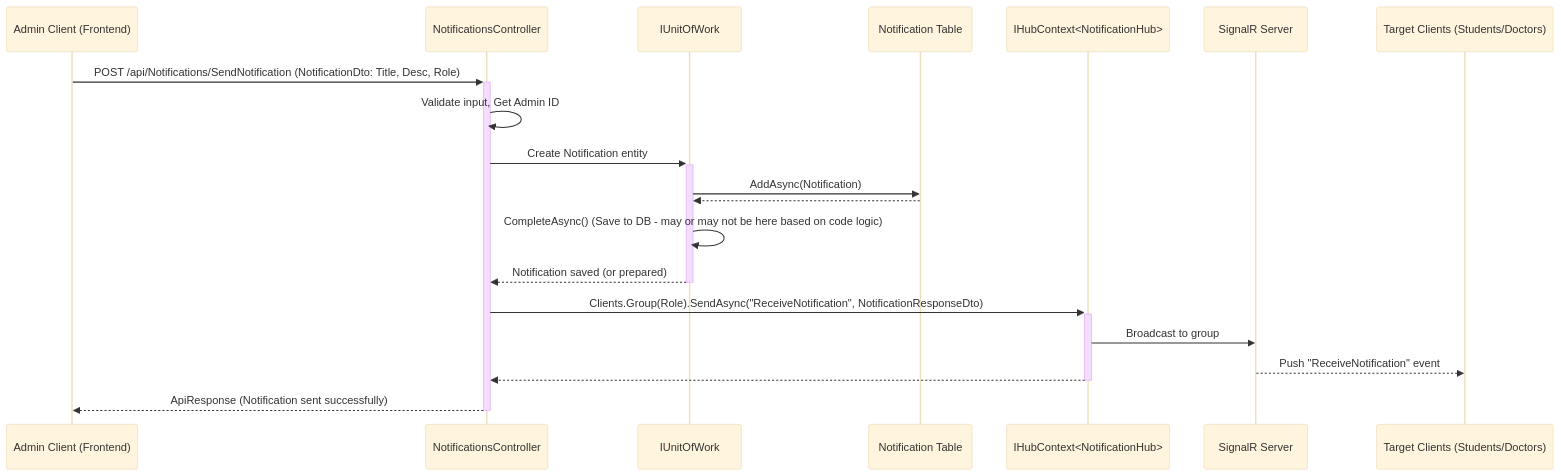
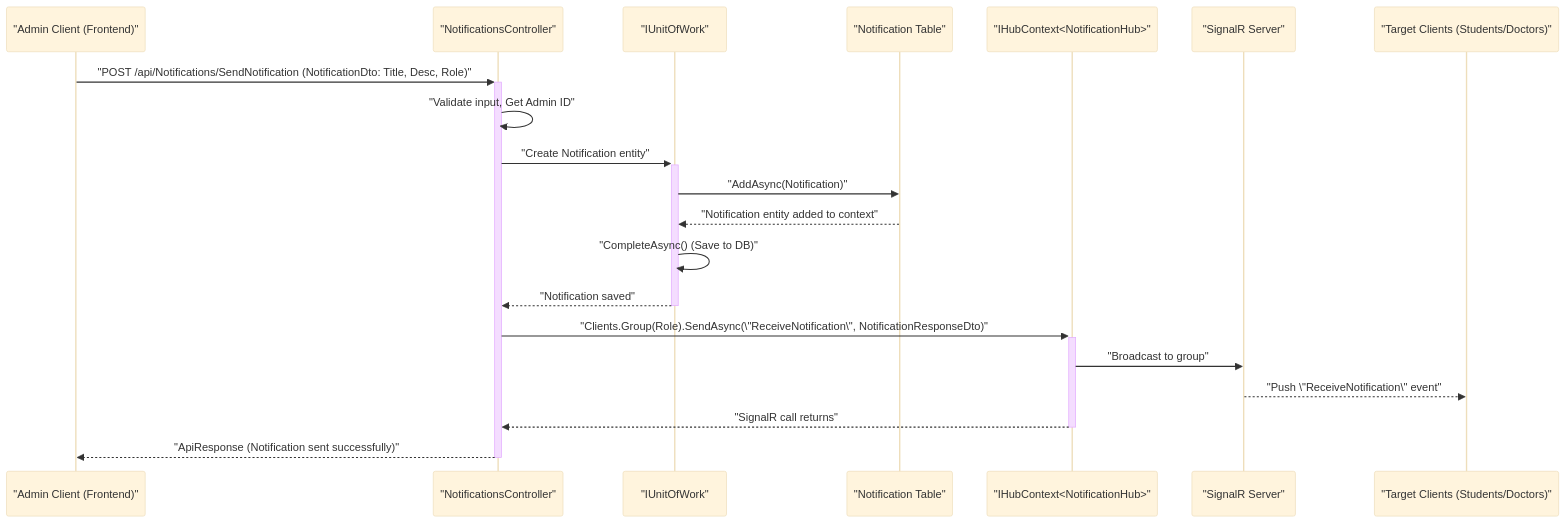
The fourth of 8 diagrams in readme.md (MohammadEssamMohammad/GitBook), drawn with Mermaid (base theme) before and after one commit. The commit also changed other lines of this file, not shown here.

````diff
--- a/readme.md
+++ b/readme.md
@@ -277,23 +276,23 @@
 ```mermaid
 sequenceDiagram
-    participant AdminClient as Admin Client (Frontend)
-    participant NotifCtrl as NotificationsController
-    participant UnitOfWork as IUnitOfWork
-    participant NotificationDB as Notification Table
-    participant NotifHubCtx as IHubContext<NotificationHub>
-    participant SignalR_Server as SignalR Server
-    participant TargetClients as Target Clients (Students/Doctors)
+    participant AdminClient as "Admin Client (Frontend)"
+    participant NotifCtrl as "NotificationsController"
+    participant UnitOfWork as "IUnitOfWork"
+    participant NotificationDB as "Notification Table"
+    participant NotifHubCtx as "IHubContext<NotificationHub>"
+    participant SignalR_Server as "SignalR Server"
+    participant TargetClients as "Target Clients (Students/Doctors)"
 
-    AdminClient->>+NotifCtrl: POST /api/Notifications/SendNotification (NotificationDto: Title, Desc, Role)
-    NotifCtrl->>NotifCtrl: Validate input, Get Admin ID
-    NotifCtrl->>+UnitOfWork: Create Notification entity
-    UnitOfWork->>NotificationDB: AddAsync(Notification)
-    NotificationDB-->>UnitOfWork:
-    UnitOfWork->>UnitOfWork: CompleteAsync() (Save to DB - may or may not be here based on code logic)
-    UnitOfWork-->>-NotifCtrl: Notification saved (or prepared)
-    NotifCtrl->>+NotifHubCtx: Clients.Group(Role).SendAsync("ReceiveNotification", NotificationResponseDto)
-    NotifHubCtx->>SignalR_Server: Broadcast to group
-    SignalR_Server-->>TargetClients: Push "ReceiveNotification" event
-    NotifHubCtx-->>-NotifCtrl:
-    NotifCtrl-->>-AdminClient: ApiResponse (Notification sent successfully)
+    AdminClient->>+NotifCtrl: "POST /api/Notifications/SendNotification (NotificationDto: Title, Desc, Role)"
+    NotifCtrl->>NotifCtrl: "Validate input, Get Admin ID"
+    NotifCtrl->>+UnitOfWork: "Create Notification entity"
+    UnitOfWork->>NotificationDB: "AddAsync(Notification)"
+    NotificationDB-->>UnitOfWork: "Notification entity added to context"
+    UnitOfWork->>UnitOfWork: "CompleteAsync() (Save to DB)"
+    UnitOfWork-->>-NotifCtrl: "Notification saved"
+    NotifCtrl->>+NotifHubCtx: "Clients.Group(Role).SendAsync(\"ReceiveNotification\", NotificationResponseDto)"
+    NotifHubCtx->>SignalR_Server: "Broadcast to group"
+    SignalR_Server-->>TargetClients: "Push \"ReceiveNotification\" event"
+    NotifHubCtx-->>-NotifCtrl: "SignalR call returns"
+    NotifCtrl-->>-AdminClient: "ApiResponse (Notification sent successfully)"
 ```
````
